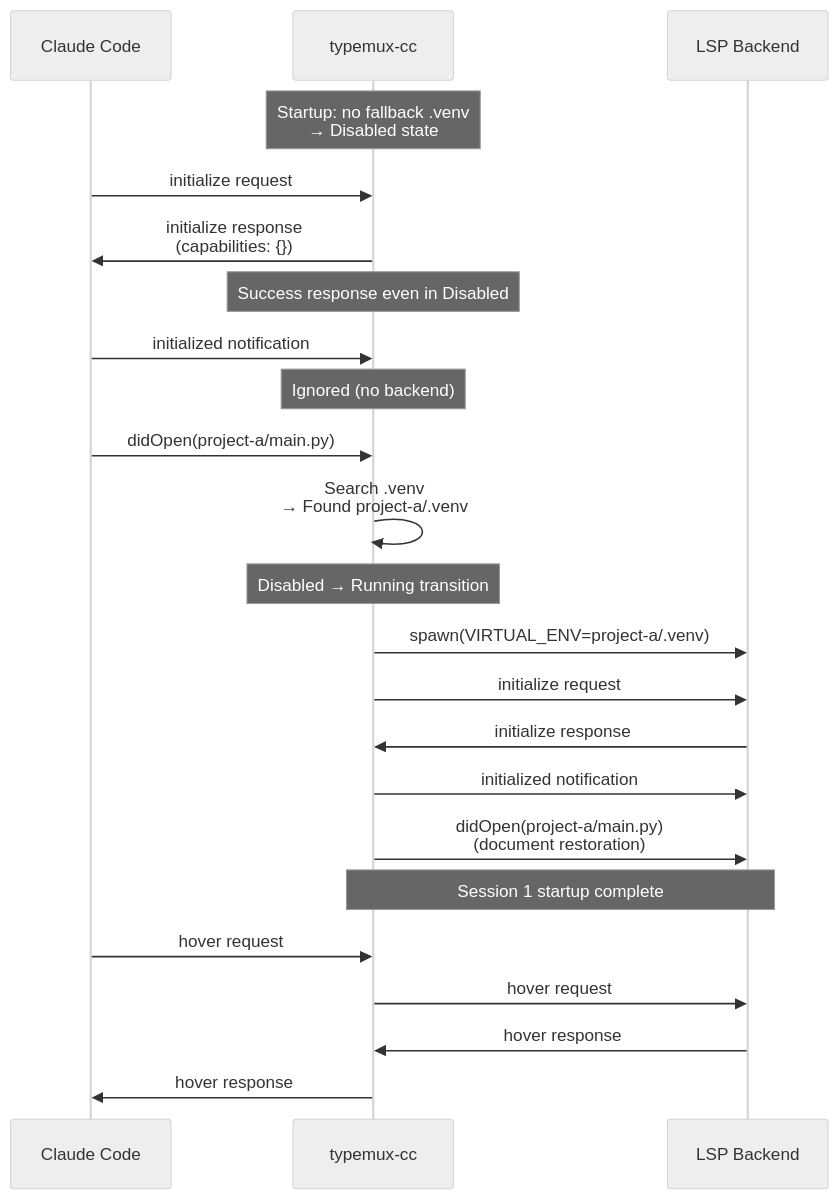
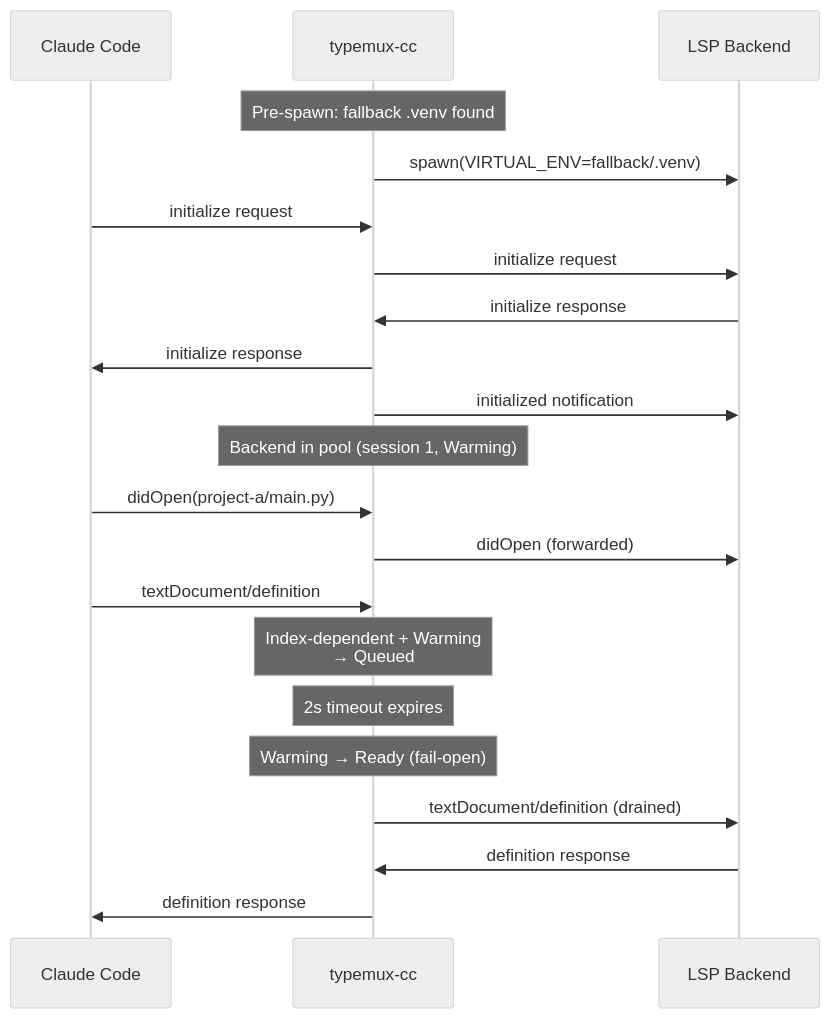
One commit to K-dash/pyright-lsp-proxy changed the third of 6 diagrams in ARCHITECTURE.md. Above: the diagram before and after it, drawn with Mermaid (neutral theme). The commit also changed other lines of this file, not shown here.

First line of the commit message:
docs: rewrite ARCHITECTURE.md for multi-backend pool and warmup readiness (#14)

````diff
--- a/ARCHITECTURE.md
+++ b/ARCHITECTURE.md
@@ -133,33 +212,30 @@
 ```mermaid
 sequenceDiagram
     participant Client as Claude Code
     participant Proxy as typemux-cc
     participant Backend as LSP Backend
 
-    Note over Proxy: Startup: no fallback .venv<br/>→ Disabled state
+    Note over Proxy: Pre-spawn: fallback .venv found
+
+    Proxy->>Backend: spawn(VIRTUAL_ENV=fallback/.venv)
 
     Client->>Proxy: initialize request
-    Proxy->>Client: initialize response<br/>(capabilities: {})
-    Note over Proxy: Success response even in Disabled
+    Proxy->>Backend: initialize request
+    Backend->>Proxy: initialize response
+    Proxy->>Client: initialize response
+    Proxy->>Backend: initialized notification
 
-    Client->>Proxy: initialized notification
-    Note over Proxy: Ignored (no backend)
+    Note over Proxy: Backend in pool (session 1, Warming)
 
     Client->>Proxy: didOpen(project-a/main.py)
-    Proxy->>Proxy: Search .venv<br/>→ Found project-a/.venv
-    Note over Proxy: Disabled → Running transition
+    Proxy->>Backend: didOpen (forwarded)
 
-    Proxy->>Backend: spawn(VIRTUAL_ENV=project-a/.venv)
-    Proxy->>Backend: initialize request
-    Backend->>Proxy: initialize response
-    Proxy->>Backend: initialized notification
-    Proxy->>Backend: didOpen(project-a/main.py)<br/>(document restoration)
+    Client->>Proxy: textDocument/definition
+    Note over Proxy: Index-dependent + Warming<br/>→ Queued
 
-
-    Note over Proxy,Backend: Session 1 startup complete
-
-    Client->>Proxy: hover request
-    Proxy->>Backend: hover request
-    Backend->>Proxy: hover response
-    Proxy->>Client: hover response
+    Note over Proxy: 2s timeout expires
+    Note over Proxy: Warming → Ready (fail-open)
+    Proxy->>Backend: textDocument/definition (drained)
+    Backend->>Proxy: definition response
+    Proxy->>Client: definition response
 ```
````
